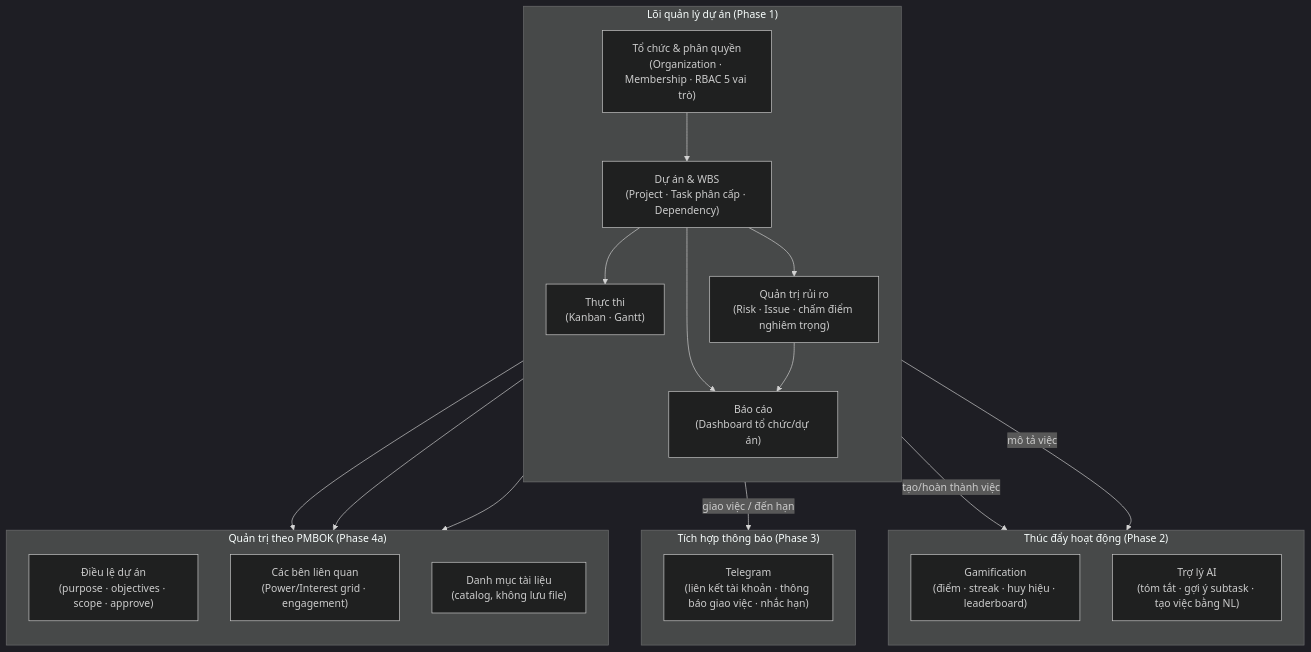
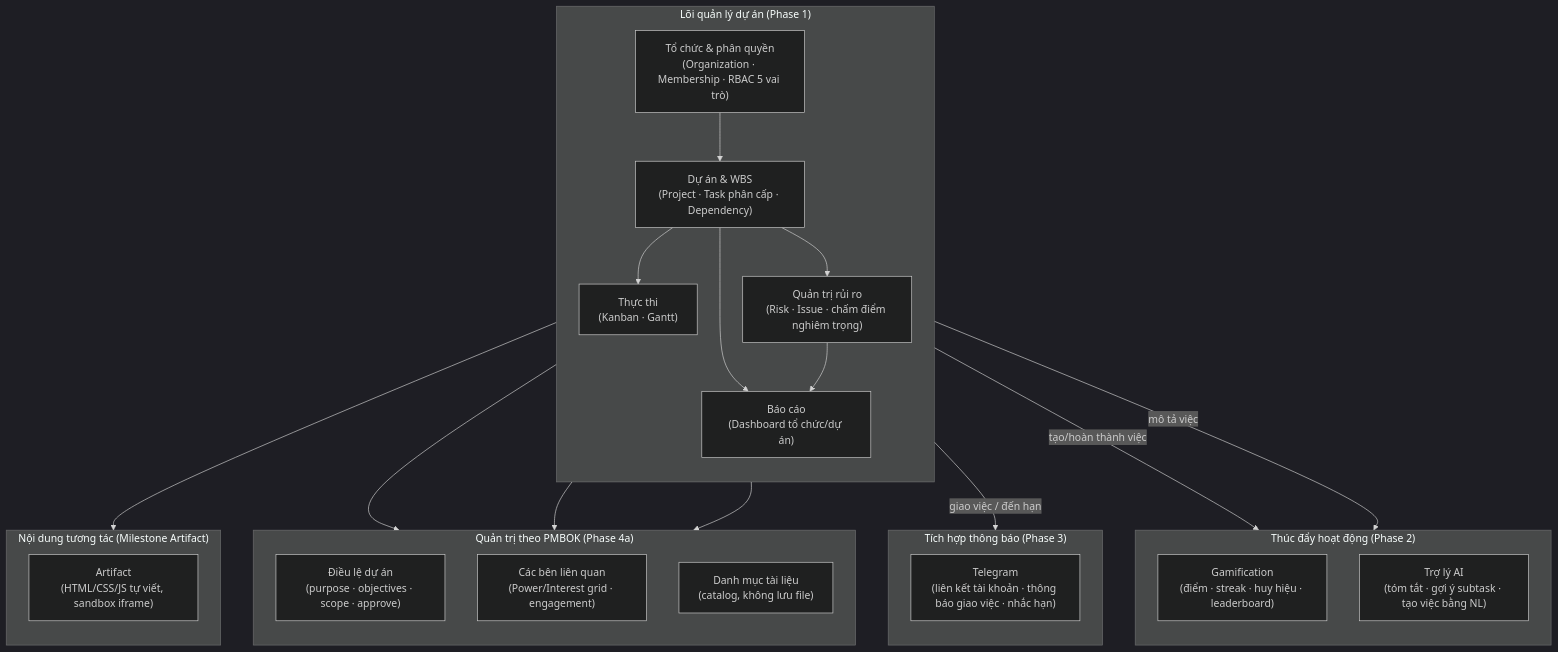
The first of 12 diagrams in docs/kien-truc.md (greyhub/pmtool), drawn with Mermaid (dark theme) before and after one commit. The commit also changed other lines of this file and 25 other files, not shown here.

````diff
--- a/docs/kien-truc.md
+++ b/docs/kien-truc.md
@@ -20,37 +20,42 @@
 ```mermaid
 flowchart TD
     subgraph CORE["Lõi quản lý dự án (Phase 1)"]
         direction TB
         C1["Tổ chức & phân quyền<br/>(Organization · Membership · RBAC 5 vai trò)"]
         C2["Dự án & WBS<br/>(Project · Task phân cấp · Dependency)"]
         C3["Thực thi<br/>(Kanban · Gantt)"]
         C4["Quản trị rủi ro<br/>(Risk · Issue · chấm điểm nghiêm trọng)"]
         C5["Báo cáo<br/>(Dashboard tổ chức/dự án)"]
     end
     subgraph ENGAGE["Thúc đẩy hoạt động (Phase 2)"]
         direction TB
         E1["Gamification<br/>(điểm · streak · huy hiệu · leaderboard)"]
         E2["Trợ lý AI<br/>(tóm tắt · gợi ý subtask · tạo việc bằng NL)"]
     end
     subgraph NOTIFY["Tích hợp thông báo (Phase 3)"]
         direction TB
         N1["Telegram<br/>(liên kết tài khoản · thông báo giao việc · nhắc hạn)"]
     end
     subgraph GOVERN["Quản trị theo PMBOK (Phase 4a)"]
         direction TB
         G1["Điều lệ dự án<br/>(purpose · objectives · scope · approve)"]
         G2["Các bên liên quan<br/>(Power/Interest grid · engagement)"]
         G3["Danh mục tài liệu<br/>(catalog, không lưu file)"]
     end
+    subgraph EMBED["Nội dung tương tác (Milestone Artifact)"]
+        direction TB
+        A1["Artifact<br/>(HTML/CSS/JS tự viết, sandbox iframe)"]
+    end
 
     C1 --> C2
     C2 --> C3
     C2 --> C4
     C2 & C4 --> C5
     C2 -- "tạo/hoàn thành việc" --> E1
     C2 -- "mô tả việc" --> E2
     C2 -- "giao việc / đến hạn" --> N1
     C2 --> G1
     C2 --> G2
     C2 --> G3
+    C2 --> A1
 ```
````
